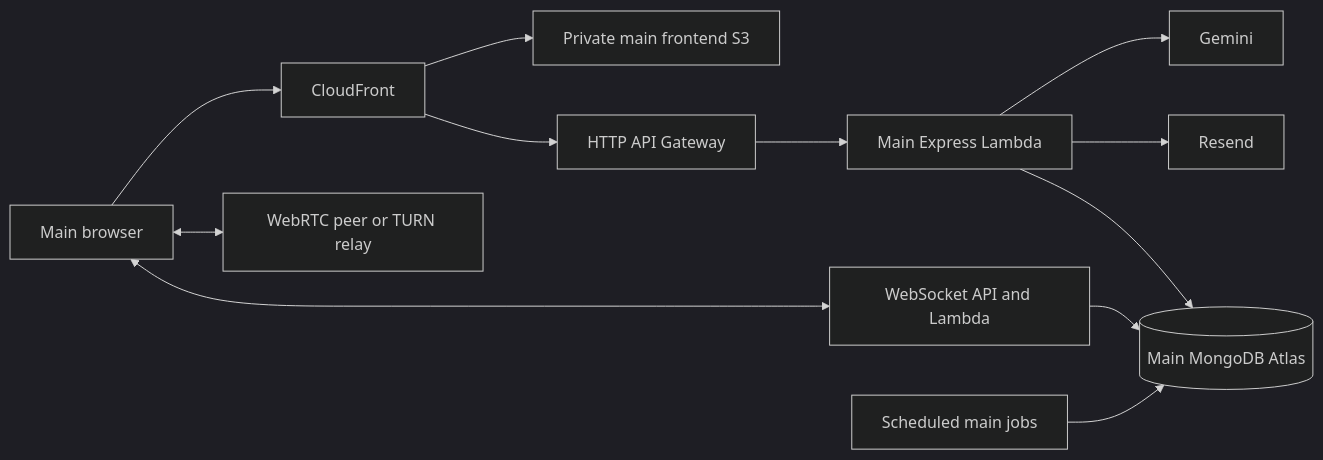
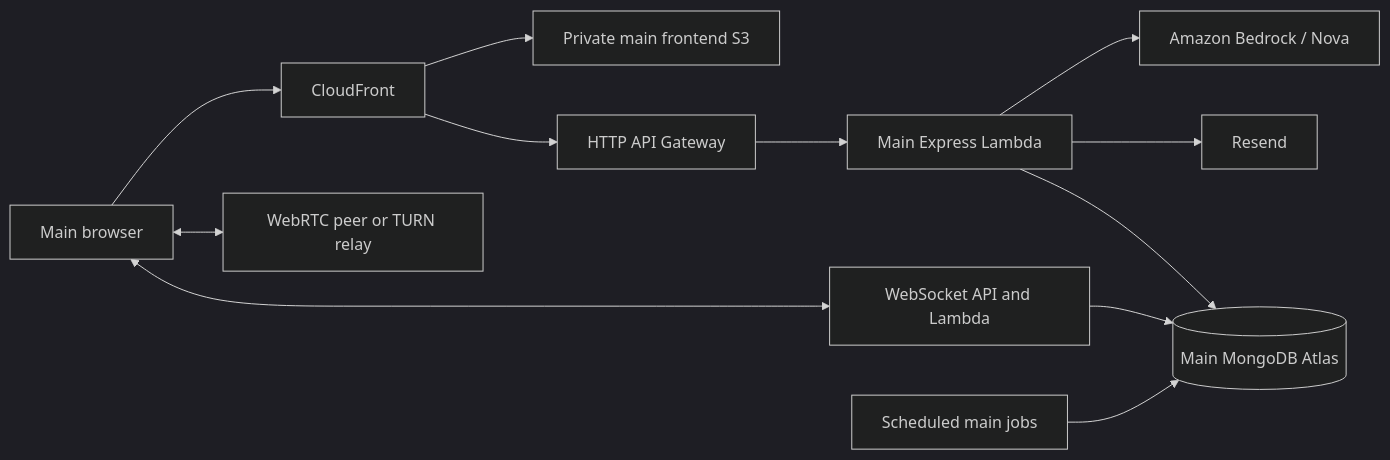
Before and after one commit to iHoshiii/Vetify: the diagram in docs/architecture.md, drawn with Mermaid (dark theme). The commit also changed other lines of this file and 8 other files, not shown here.

Commit message:
docs(chat): document Bedrock activation and Gemini rollback

````diff
--- a/docs/architecture.md
+++ b/docs/architecture.md
@@ -12,14 +12,14 @@
 ```mermaid
 flowchart LR
     Browser[Main browser] --> CF[CloudFront]
     CF --> S3[Private main frontend S3]
     CF --> HTTP[HTTP API Gateway]
     HTTP --> API[Main Express Lambda]
     Browser <--> WS[WebSocket API and Lambda]
     API --> DB[(Main MongoDB Atlas)]
     WS --> DB
     Jobs[Scheduled main jobs] --> DB
     API --> Mail[Resend]
-    API --> AI[Gemini]
+    API --> AI[Amazon Bedrock / Nova]
     Browser <--> Peer[WebRTC peer or TURN relay]
 ```
````
